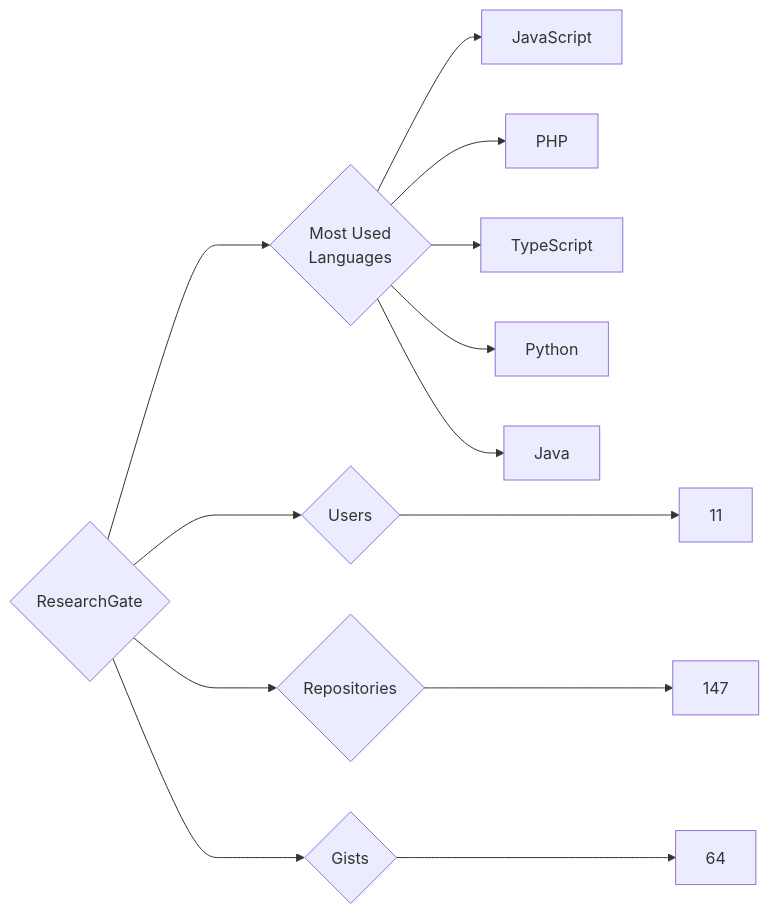
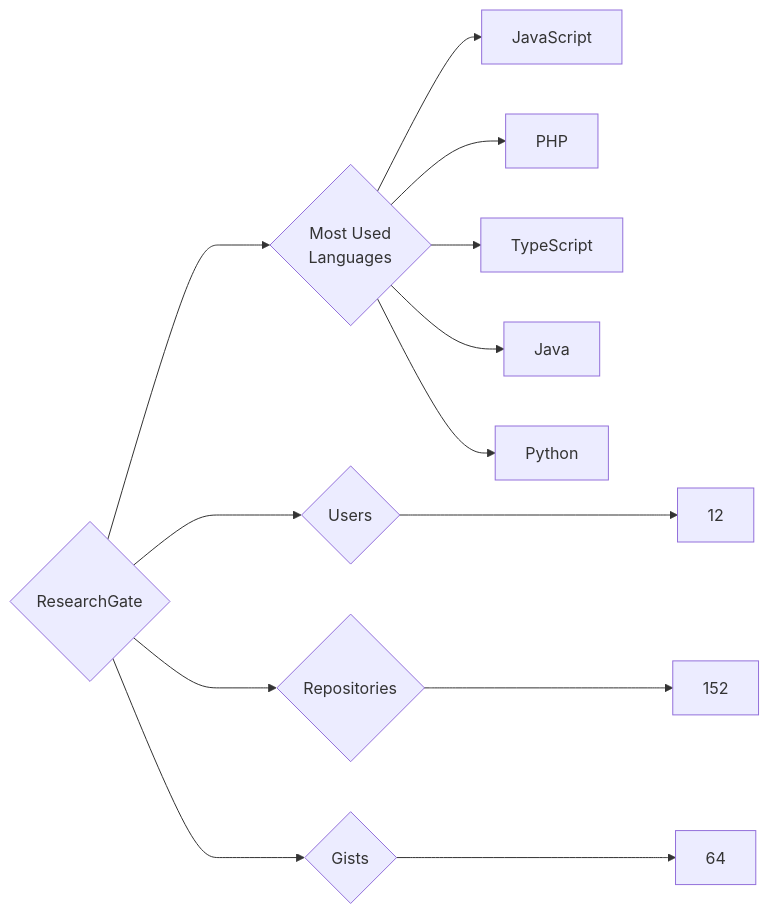
The diagram in targets/ResearchGate/README.md (trickest/insiders), drawn with Mermaid before and after one commit. The commit also changed 681 other files, not shown here.

````diff
--- a/targets/ResearchGate/README.md
+++ b/targets/ResearchGate/README.md
@@ -3,13 +3,13 @@
 ```mermaid
 graph LR
 COMPANY_NAME{ResearchGate}
-COMPANY_NAME ---> U{Users} ---> UN[11]
-COMPANY_NAME ---> R{Repositories} ---> RN[147]
+COMPANY_NAME ---> U{Users} ---> UN[12]
+COMPANY_NAME ---> R{Repositories} ---> RN[152]
 COMPANY_NAME ---> G{Gists} ---> GN[64]
 COMPANY_NAME ---> ML{Most Used<br>Languages}
 ML --> JavaScript[JavaScript]
 ML --> PHP[PHP]
 ML --> TypeScript[TypeScript]
+ML --> Java[Java]
 ML --> Python[Python]
-ML --> Java[Java]
 ```
````
